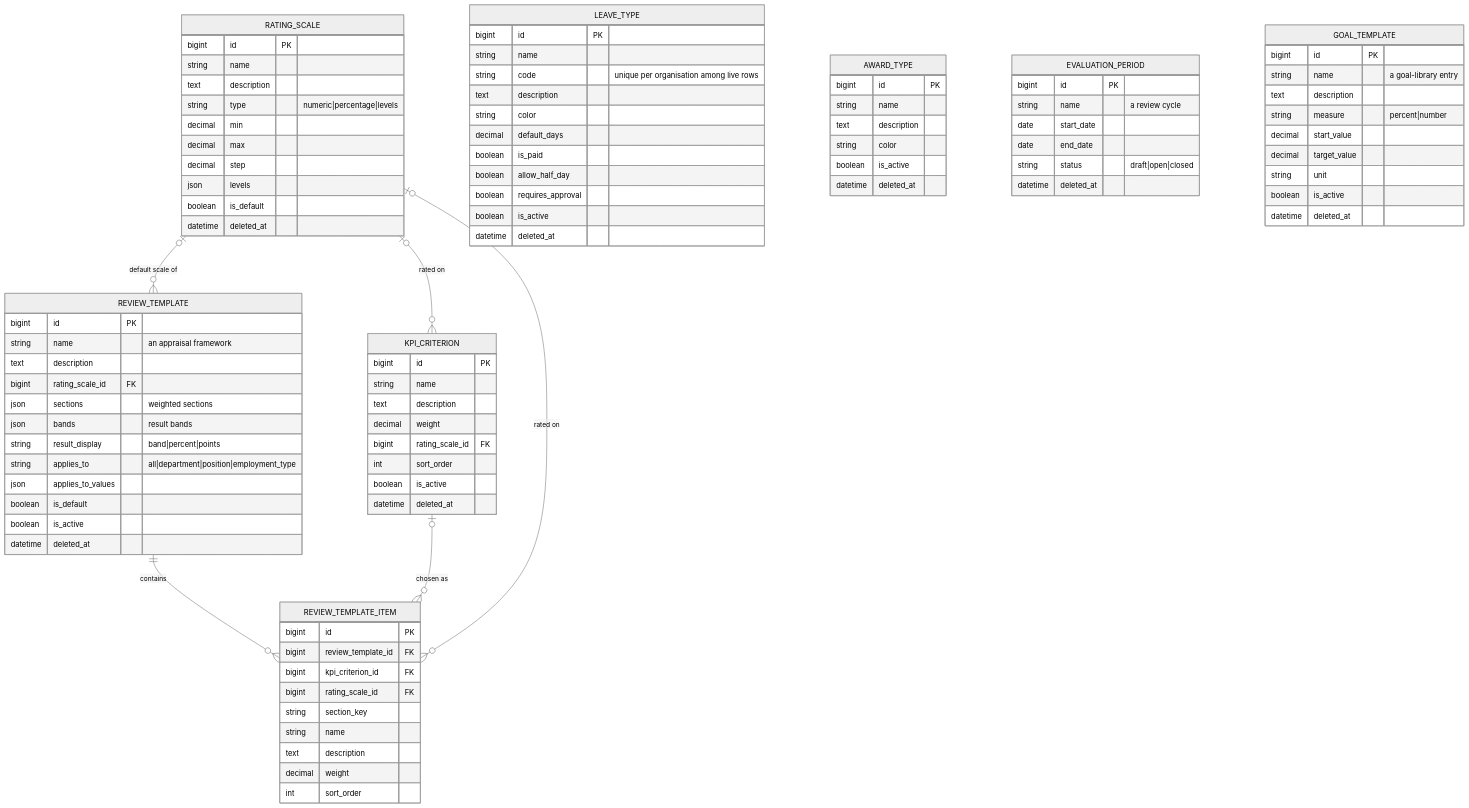
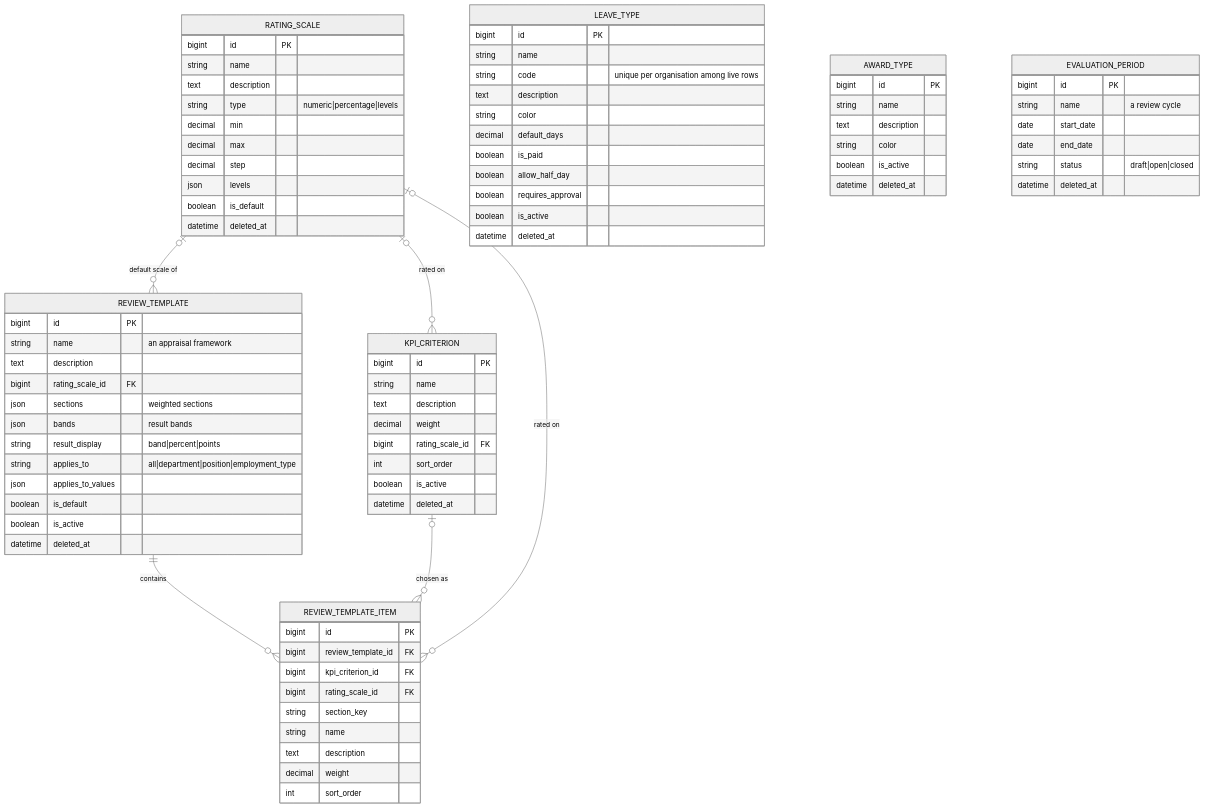
One commit to earlkian8/synapse changed the third of 14 diagrams in docs/database/erd.md. Above: the diagram before and after it, drawn with Mermaid (neutral theme). The commit also changed other lines of this file and 111 other files, not shown here.

````diff
--- a/docs/database/erd.md
+++ b/docs/database/erd.md
@@ -530,15 +526,4 @@
         string status "draft|open|closed"
         datetime deleted_at
     }
-    GOAL_TEMPLATE {
-        bigint id PK
-        string name "a goal-library entry"
-        text description
-        string measure "percent|number"
-        decimal start_value
-        decimal target_value
-        string unit
-        boolean is_active
-        datetime deleted_at
-    }
 ```
````
